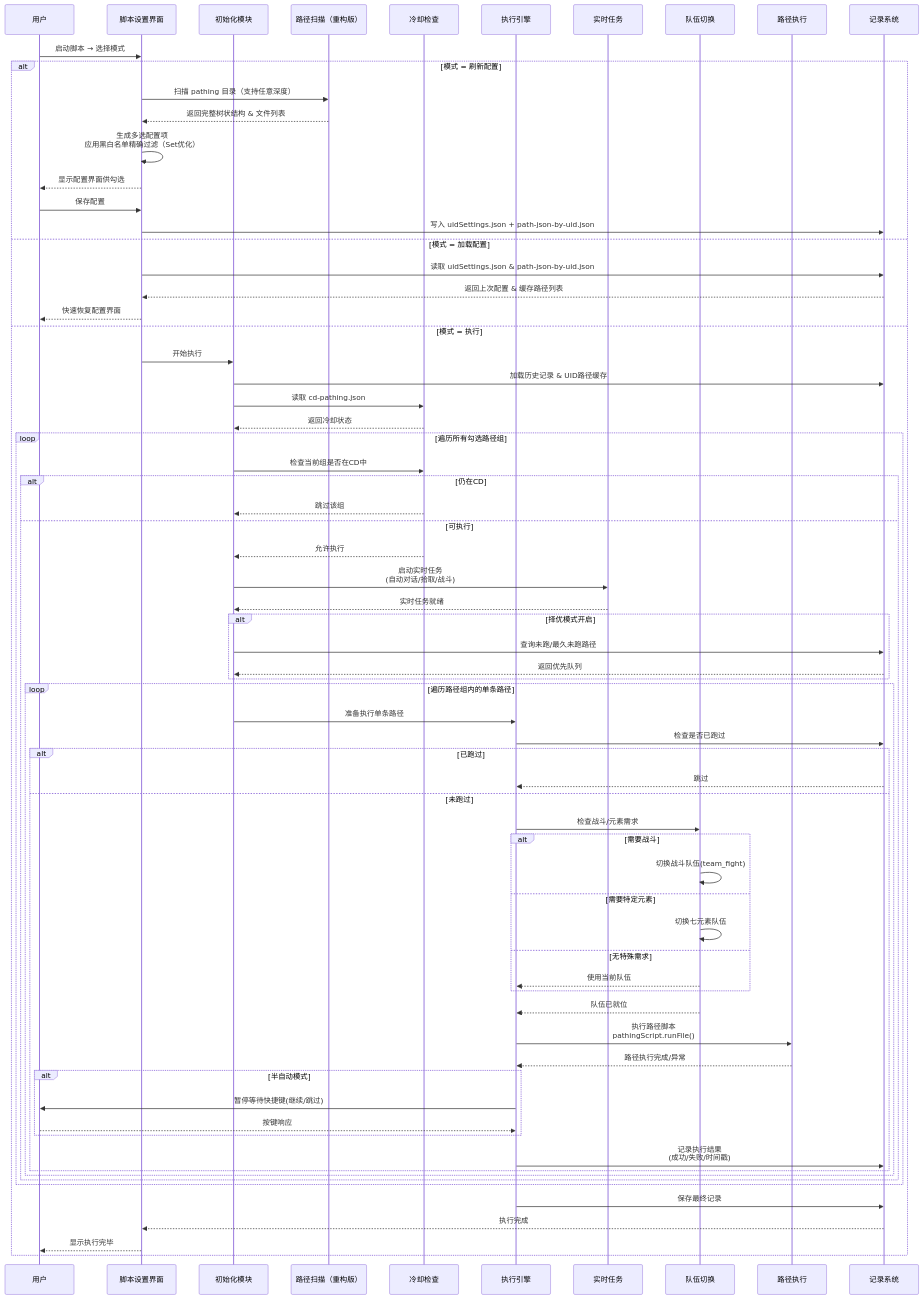
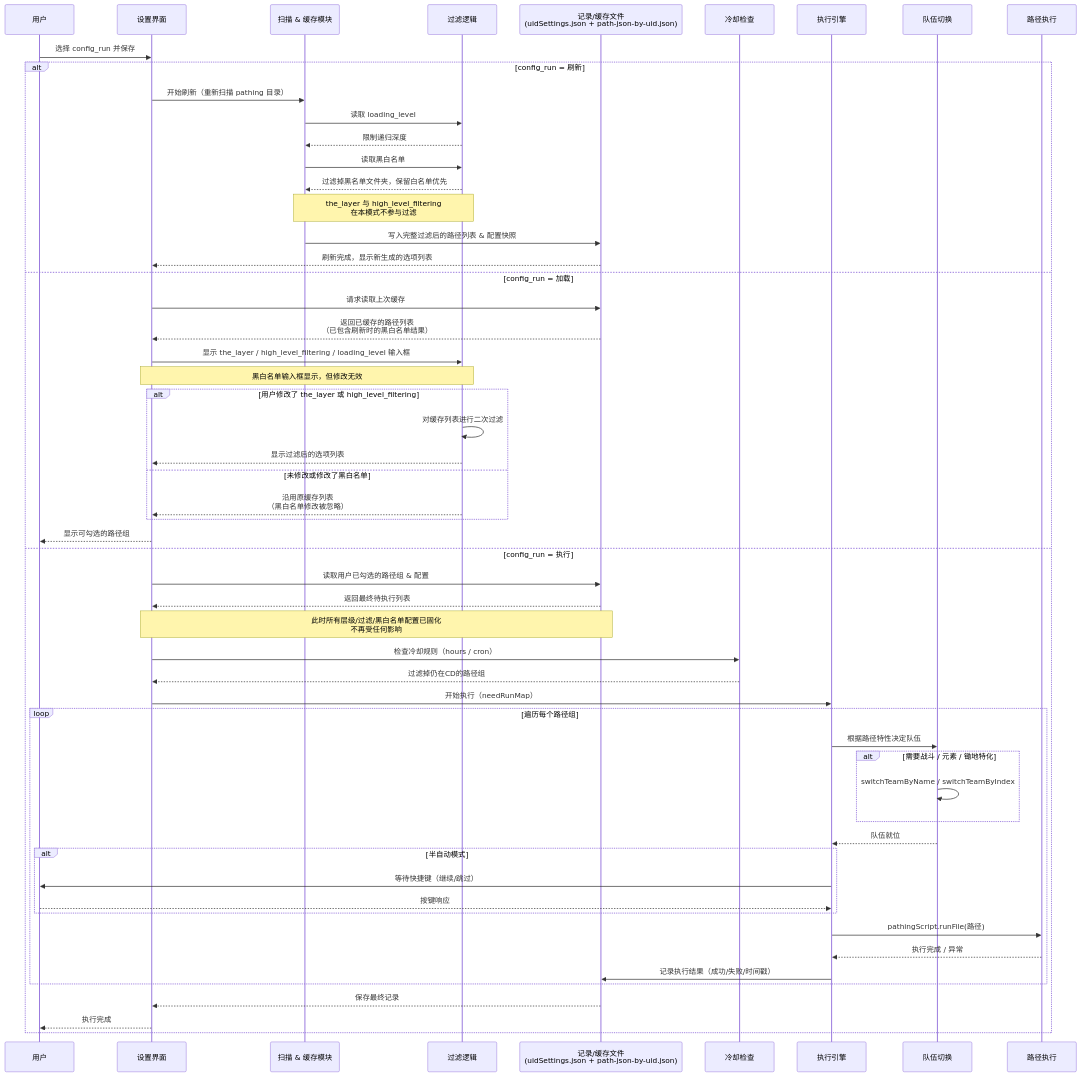
Before and after one commit to babalae/bettergi-scripts-list: the second of 2 diagrams in repo/js/FullyAutoAndSemiAutoTools/README.md, drawn with Mermaid. The commit also changed other lines of this file, not shown here.

Commit message:
docs(FullyAutoAndSemiAutoTools): 更新 README 文档中的流程图和时序图
- 更新了 Mermaid 流程图，更清晰地展示刷新、加载和执行三种模式
- 重新设计了时序图，突出不同模式下的交互流程差异
- 添加了详细的模式切换说明和过滤逻辑描述
- 优化了图表样式和分类，提高可读性
- 补充了各模块间的调用关系和数据流向说明

````diff
--- a/repo/js/FullyAutoAndSemiAutoTools/README.md
+++ b/repo/js/FullyAutoAndSemiAutoTools/README.md
@@ -105,80 +114,60 @@
 ```mermaid
 sequenceDiagram
-    participant U as 用户
-    participant S as 脚本设置界面
-    participant Init as 初始化模块
-    participant Scan as 路径扫描（重构版）
-    participant CD as 冷却检查
-    participant Exec as 执行引擎
-    participant RT as 实时任务
-    participant Team as 队伍切换
-    participant Path as 路径执行
-    participant Record as 记录系统
-    U ->> S: 启动脚本 → 选择模式
+  participant U as 用户
+  participant UI as 设置界面
+  participant S as 扫描 & 缓存模块
+  participant F as 过滤逻辑
+  participant R as 记录/缓存文件<br>(uidSettings.json + path-json-by-uid.json)
+  participant CD as 冷却检查
+  participant E as 执行引擎
+  participant T as 队伍切换
+  participant P as 路径执行
 
-    alt 模式 = 刷新配置
-        S ->> Scan: 扫描 pathing 目录（支持任意深度）
-        Scan -->> S: 返回完整树状结构 & 文件列表
-        S ->> S: 生成多选配置项<br>应用黑白名单精确过滤（Set优化）
-        S -->> U: 显示配置界面供勾选
-        U ->> S: 保存配置
-        S ->> Record: 写入 uidSettings.json + path-json-by-uid.json
-    else 模式 = 加载配置
-        S ->> Record: 读取 uidSettings.json & path-json-by-uid.json
-        Record -->> S: 返回上次配置 & 缓存路径列表
-        S -->> U: 快速恢复配置界面
-    else 模式 = 执行
-        S ->> Init: 开始执行
-        Init ->> Record: 加载历史记录 & UID路径缓存
-        Init ->> CD: 读取 cd-pathing.json
-        CD -->> Init: 返回冷却状态
+  U->>UI: 选择 config_run 并保存
 
-        loop 遍历所有勾选路径组
-            Init ->> CD: 检查当前组是否在CD中
-            alt 仍在CD
-                CD -->> Init: 跳过该组
-            else 可执行
-                CD -->> Init: 允许执行
-                Init ->> RT: 启动实时任务<br>(自动对话/拾取/战斗)
-                RT -->> Init: 实时任务就绪
-
-                alt 择优模式开启
-                    Init ->> Record: 查询未跑/最久未跑路径
-                    Record -->> Init: 返回优先队列
-                end
-
-                loop 遍历路径组内的单条路径
-                    Init ->> Exec: 准备执行单条路径
-                    Exec ->> Record: 检查是否已跑过
-                    alt 已跑过
-                        Record -->> Exec: 跳过
-                    else 未跑过
-                        Exec ->> Team: 检查战斗/元素需求
-                        alt 需要战斗
-                            Team ->> Team: 切换战斗队伍(team_fight)
-                        else 需要特定元素
-                            Team ->> Team: 切换七元素队伍
-                        else 无特殊需求
-                            Team -->> Exec: 使用当前队伍
-                        end
-
-                        Team -->> Exec: 队伍已就位
-                        Exec ->> Path: 执行路径脚本<br>pathingScript.runFile()
-                        Path -->> Exec: 路径执行完成/异常
-
-                        alt 半自动模式
-                            Exec ->> U: 暂停等待快捷键(继续/跳过)
-                            U -->> Exec: 按键响应
-                        end
-
-                        Exec ->> Record: 记录执行结果<br>(成功/失败/时间戳)
-                    end
-                end
-            end
-        end
-
-        Exec ->> Record: 保存最终记录
-        Record -->> S: 执行完成
-        S -->> U: 显示执行完毕
+  alt config_run = 刷新
+    UI->>S: 开始刷新（重新扫描 pathing 目录）
+    S->>F: 读取 loading_level
+    F-->>S: 限制递归深度
+    S->>F: 读取黑白名单
+    F-->>S: 过滤掉黑名单文件夹，保留白名单优先
+    Note over S,F: the_layer 与 high_level_filtering<br>在本模式不参与过滤
+    S->>R: 写入完整过滤后的路径列表 & 配置快照
+    R-->>UI: 刷新完成，显示新生成的选项列表
+  else config_run = 加载
+    UI->>R: 请求读取上次缓存
+    R-->>UI: 返回已缓存的路径列表<br>（已包含刷新时的黑白名单结果）
+    UI->>F: 显示 the_layer / high_level_filtering / loading_level 输入框
+    Note over UI,F: 黑白名单输入框显示，但修改无效
+    alt 用户修改了 the_layer 或 high_level_filtering
+      F->>F: 对缓存列表进行二次过滤
+      F-->>UI: 显示过滤后的选项列表
+    else 未修改或修改了黑白名单
+      F-->>UI: 沿用原缓存列表<br>（黑白名单修改被忽略）
     end
+    UI-->>U: 显示可勾选的路径组
+  else config_run = 执行
+    UI->>R: 读取用户已勾选的路径组 & 配置
+    R-->>UI: 返回最终待执行列表
+    Note over UI,R: 此时所有层级/过滤/黑白名单配置已固化<br>不再受任何影响
+    UI->>CD: 检查冷却规则（hours / cron）
+    CD-->>UI: 过滤掉仍在CD的路径组
+    UI->>E: 开始执行（needRunMap）
+    loop 遍历每个路径组
+      E->>T: 根据路径特性决定队伍
+      alt 需要战斗 / 元素 / 锄地特化
+        T->>T: switchTeamByName / switchTeamByIndex
+      end
+      T-->>E: 队伍就位
+      alt 半自动模式
+        E->>U: 等待快捷键（继续/跳过）
+        U-->>E: 按键响应
+      end
+      E->>P: pathingScript.runFile(路径)
+      P-->>E: 执行完成 / 异常
+      E->>R: 记录执行结果（成功/失败/时间戳）
+    end
+    R-->>UI: 保存最终记录
+    UI-->>U: 执行完成
+  end
 ```
````
